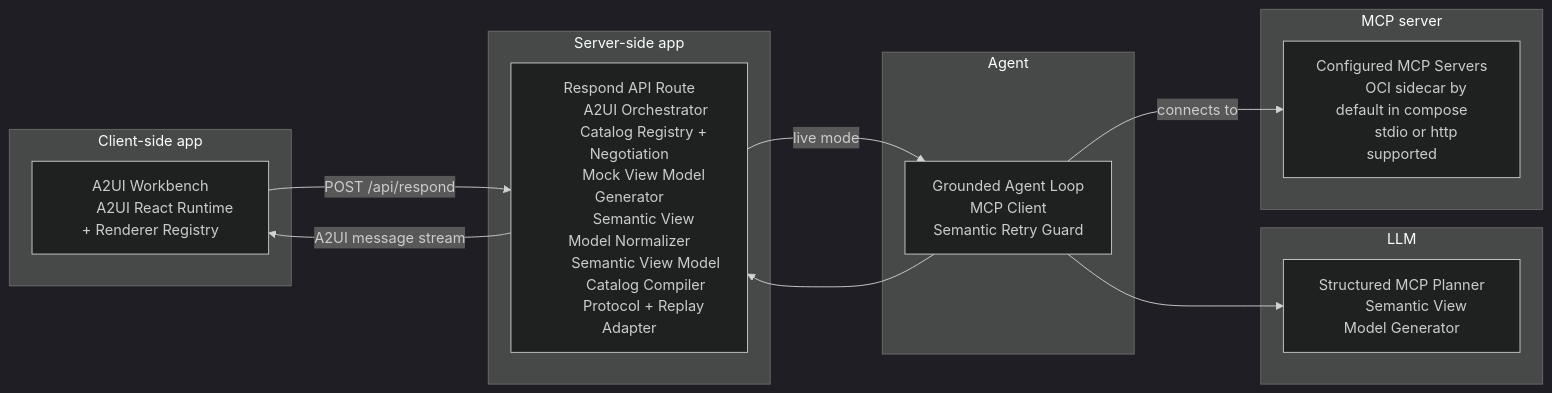
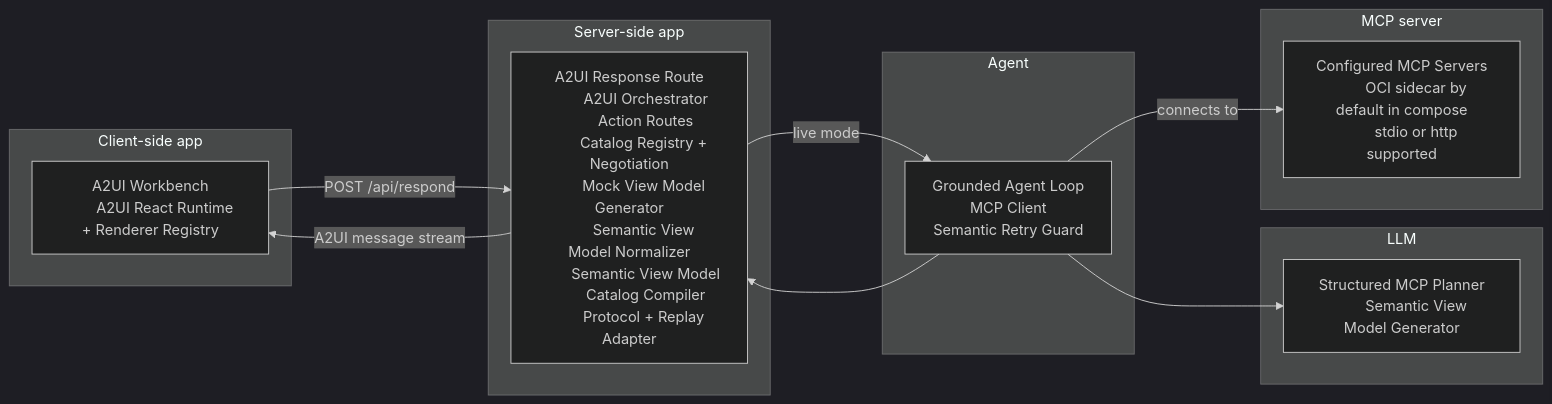
One commit to gebhardtr/mcp-examples changed the first of 3 diagrams in a2ui/README.md. Above: the diagram before and after it, drawn with Mermaid (dark theme). The commit also changed other lines of this file and 12 other files, not shown here.

````diff
--- a/a2ui/README.md
+++ b/a2ui/README.md
@@ -28,42 +28,43 @@
 ```mermaid
 flowchart LR
     subgraph Client["Client-side app"]
         ClientApp["A2UI Workbench
         A2UI React Runtime + Renderer Registry"]
     end
 
     subgraph Server["Server-side app"]
-        ServerApp["Respond API Route
+        ServerApp["A2UI Response Route
         A2UI Orchestrator
+        Action Routes
         Catalog Registry + Negotiation
         Mock View Model Generator
         Semantic View Model Normalizer
         Semantic View Model
         Catalog Compiler
         Protocol + Replay Adapter"]
     end
 
     subgraph AgentLayer["Agent"]
         Agent["Grounded Agent Loop
         MCP Client
         Semantic Retry Guard"]
     end
 
     subgraph Model["LLM"]
         LLM["Structured MCP Planner
         Semantic View Model Generator"]
     end
 
     subgraph McpServer["MCP server"]
         OciMcp["Configured MCP Servers
         OCI sidecar by default in compose
         stdio or http supported"]
     end
 
     ClientApp -->|"POST /api/respond"| ServerApp
     ServerApp -->|"live mode"| Agent
     Agent --> LLM
     Agent -->|"connects to"| OciMcp
     Agent --> ServerApp
     ServerApp -->|"A2UI message stream"| ClientApp
 ```
````
